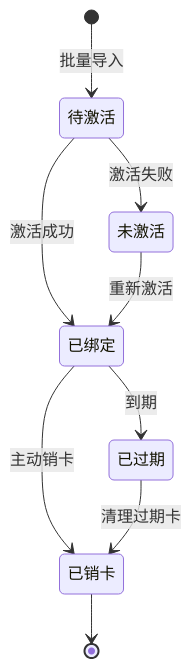
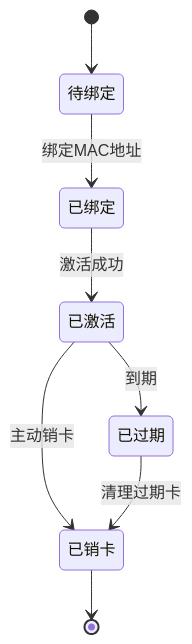
One commit to DamingDong/partner_system changed the first of 6 diagrams in docs/business/BUSINESS_REQUIREMENTS.md. Above: the diagram before and after it, drawn with Mermaid. The commit also changed other lines of this file and 16 other files, not shown here.

````diff
--- a/docs/business/BUSINESS_REQUIREMENTS.md
+++ b/docs/business/BUSINESS_REQUIREMENTS.md
@@ -25,11 +25,10 @@
 ```mermaid
 stateDiagram-v2
-    [*] --> 待激活: 批量导入
-    待激活 --> 已绑定: 激活成功
-    待激活 --> 未激活: 激活失败
-    未激活 --> 已绑定: 重新激活
-    已绑定 --> 已过期: 到期
-    已绑定 --> 已销卡: 主动销卡
+    [*] --> 待绑定
+    待绑定 --> 已绑定: 绑定MAC地址
+    已绑定 --> 已激活: 激活成功
+    已激活 --> 已过期: 到期
+    已激活 --> 已销卡: 主动销卡
     已过期 --> 已销卡: 清理过期卡
     已销卡 --> [*]
 ```
````
